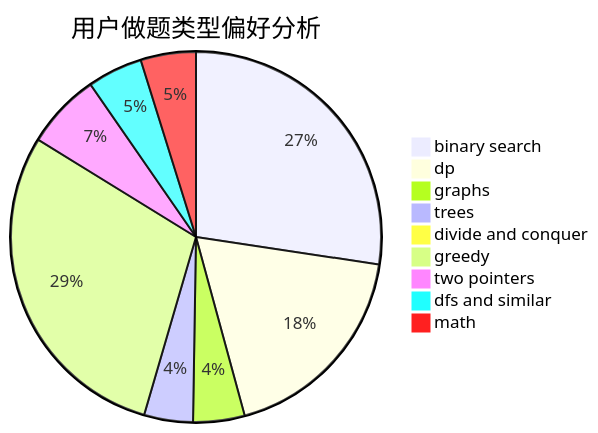
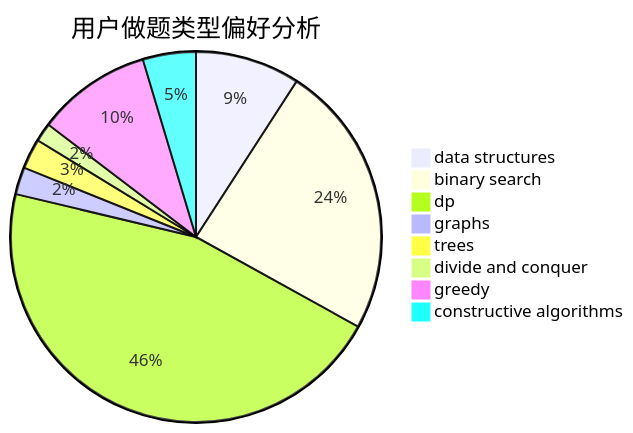
One commit to sherpahu/cfrs.github.io changed the second of 3 diagrams in docs/user/u1799.md. Above: the diagram before and after it, drawn with Mermaid. The commit also changed other lines of this file and 2775 other files, not shown here.

````diff
--- a/docs/user/u1799.md
+++ b/docs/user/u1799.md
@@ -23,12 +23,11 @@
 ```mermaid
 pie title 用户做题类型偏好分析
-    "binary search" :  591
-    "dp" :  397
-    "graphs" :  97
-    "trees" :  92
+    "data structures" :  73
+    "binary search" :  191
+    "dp" :  365
+    "graphs" :  19
+    "trees" :  21
     "divide and conquer" :  13
-    "greedy" :  632
-    "two pointers" :  142
-    "dfs and similar" :  104
-    "math" :  104
+    "greedy" :  80
+    "constructive algorithms" :  37
 ```
````
